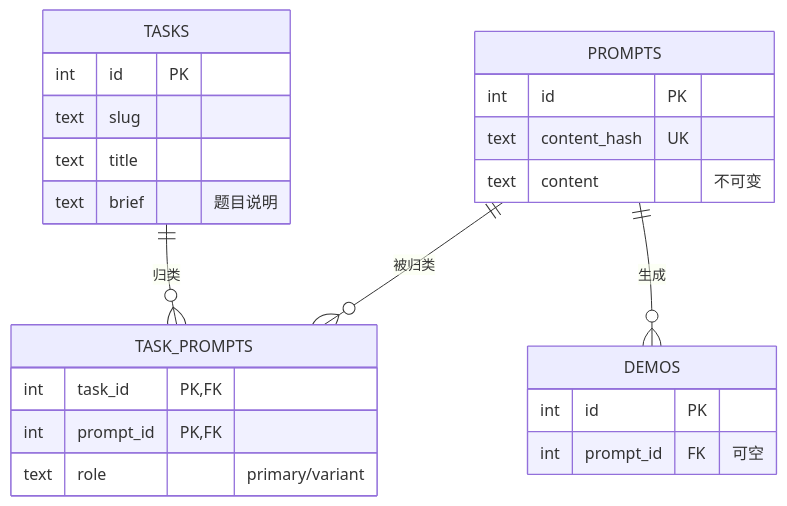
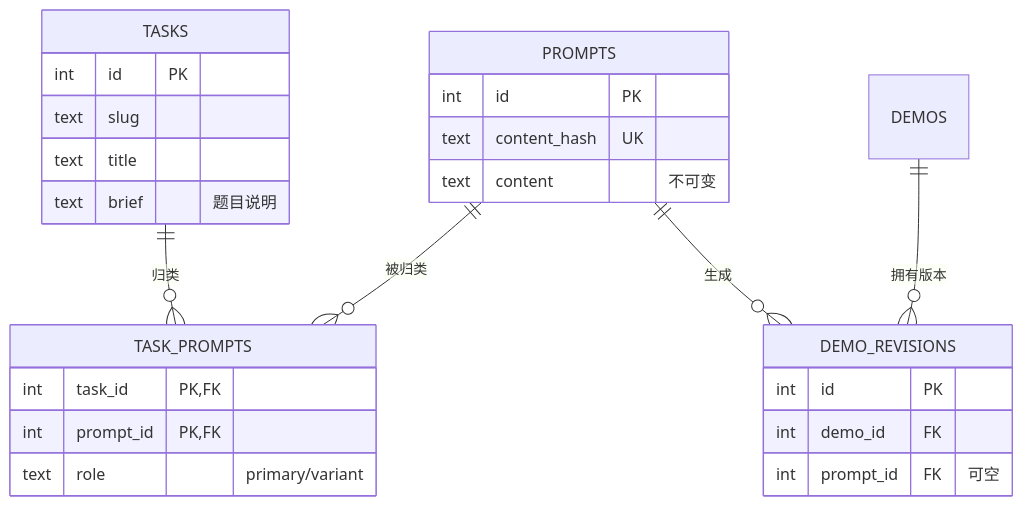
One commit to deepdemos/ds-demos-showcase changed the first of 6 diagrams in docs/实体域数据结构设计.md. Above: the diagram before and after it, drawn with Mermaid. The commit also changed other lines of this file and 36 other files, not shown here.

````diff
--- a/docs/实体域数据结构设计.md
+++ b/docs/实体域数据结构设计.md
@@ -87,26 +102,28 @@
 ```mermaid
 erDiagram
     TASKS ||--o{ TASK_PROMPTS : "归类"
     PROMPTS ||--o{ TASK_PROMPTS : "被归类"
-    PROMPTS ||--o{ DEMOS : "生成"
+    PROMPTS ||--o{ DEMO_REVISIONS : "生成"
+    DEMOS ||--o{ DEMO_REVISIONS : "拥有版本"
     TASKS {
         int id PK
         text slug
         text title
         text brief "题目说明"
     }
     PROMPTS {
         int id PK
         text content_hash UK
         text content "不可变"
     }
     TASK_PROMPTS {
         int task_id PK,FK
         int prompt_id PK,FK
         text role "primary/variant"
     }
-    DEMOS {
+    DEMO_REVISIONS {
         int id PK
+        int demo_id FK
         int prompt_id FK "可空"
     }
 ```
````
